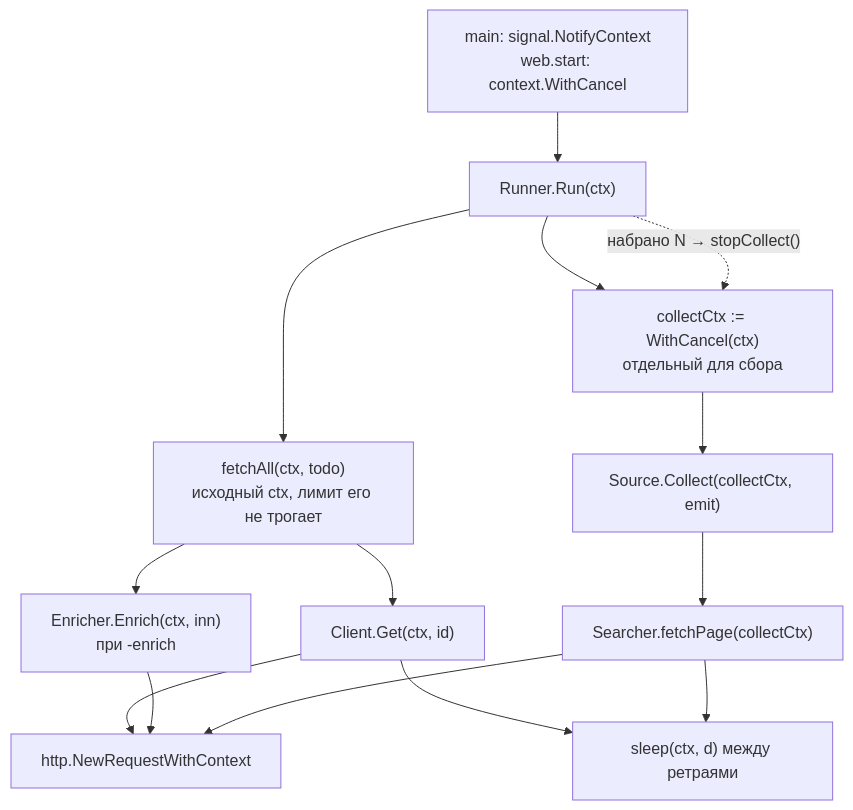
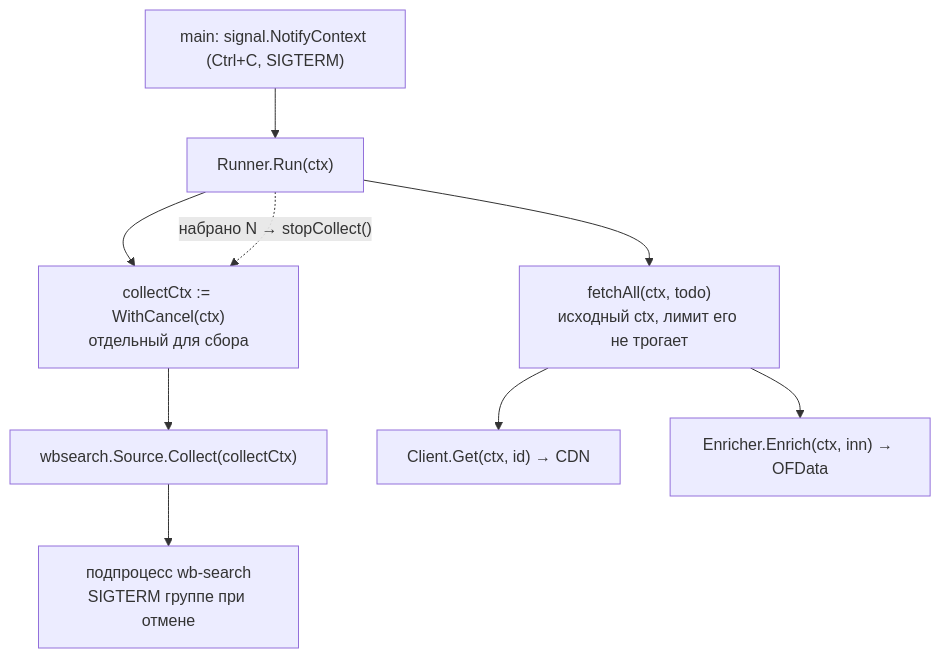
The third of 4 diagrams in README.md (OkaneKatsuro/go-wb), drawn with Mermaid before and after one commit. The commit also changed other lines of this file and 19 other files, not shown here.

````diff
--- a/README.md
+++ b/README.md
@@ -235,16 +155,11 @@
 ```mermaid
 flowchart TD
-    A["main: signal.NotifyContext<br/>web.start: context.WithCancel"] --> B["Runner.Run(ctx)"]
+    A["main: signal.NotifyContext (Ctrl+C, SIGTERM)"] --> B["Runner.Run(ctx)"]
     B --> CC["collectCtx := WithCancel(ctx)<br/>отдельный для сбора"]
     B -. "набрано N → stopCollect()" .-> CC
-    CC --> C["Source.Collect(collectCtx, emit)"]
-    C --> H["Searcher.fetchPage(collectCtx)"]
+    CC --> C["wbsearch.Source.Collect(collectCtx)"]
+    C --> P["подпроцесс wb-search<br/>SIGTERM группе при отмене"]
     B --> D["fetchAll(ctx, todo)<br/>исходный ctx, лимит его не трогает"]
-    D --> E["Client.Get(ctx, id)"]
-    D --> E2["Enricher.Enrich(ctx, inn)<br/>при -enrich"]
-    E --> F["http.NewRequestWithContext"]
-    E --> G["sleep(ctx, d) между ретраями"]
-    E2 --> F
-    H --> F
-    H --> G
+    D --> E["Client.Get(ctx, id) → CDN"]
+    D --> E2["Enricher.Enrich(ctx, inn) → OFData"]
 ```
````
